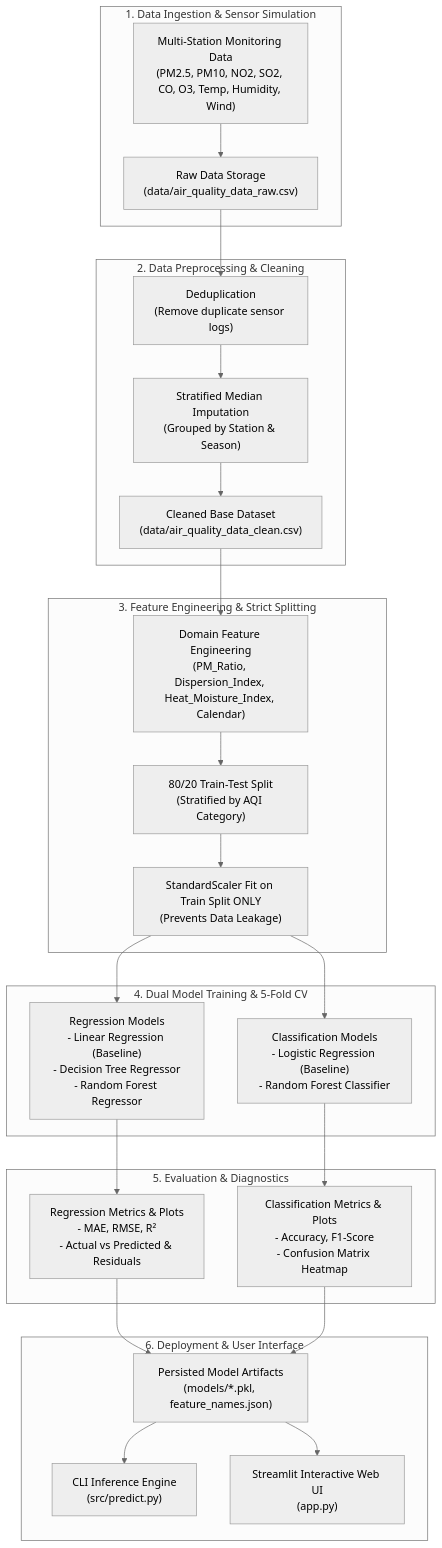
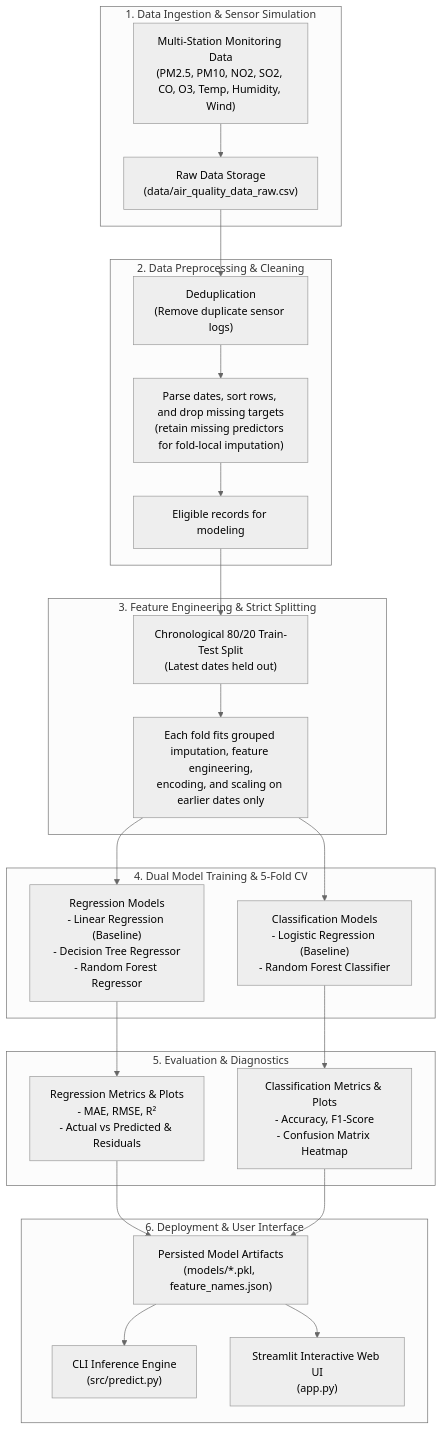
Before and after one commit to PremK177/AQI-ML: the diagram in README.md, drawn with Mermaid (neutral theme). The commit also changed other lines of this file and 21 other files, not shown here.

````diff
--- a/README.md
+++ b/README.md
@@ -29,34 +31,33 @@
 ```mermaid
 flowchart TD
     subgraph S1["1. Data Ingestion & Sensor Simulation"]
         A["Multi-Station Monitoring Data<br/>(PM2.5, PM10, NO2, SO2, CO, O3, Temp, Humidity, Wind)"] --> B["Raw Data Storage<br/>(data/air_quality_data_raw.csv)"]
     end
 
     subgraph S2["2. Data Preprocessing & Cleaning"]
         B --> C["Deduplication<br/>(Remove duplicate sensor logs)"]
-        C --> D["Stratified Median Imputation<br/>(Grouped by Station & Season)"]
-        D --> E["Cleaned Base Dataset<br/>(data/air_quality_data_clean.csv)"]
+        C --> D["Parse dates, sort rows, and drop missing targets<br/>(retain missing predictors for fold-local imputation)"]
+        D --> E["Eligible records for modeling"]
     end
 
     subgraph S3["3. Feature Engineering & Strict Splitting"]
-        E --> F["Domain Feature Engineering<br/>(PM_Ratio, Dispersion_Index, Heat_Moisture_Index, Calendar)"]
-        F --> G["80/20 Train-Test Split<br/>(Stratified by AQI Category)"]
-        G --> H["StandardScaler Fit on Train Split ONLY<br/>(Prevents Data Leakage)"]
+        E --> G["Chronological 80/20 Train-Test Split<br/>(Latest dates held out)"]
+        G --> H["Each fold fits grouped imputation, feature engineering,<br/>encoding, and scaling on earlier dates only"]
     end
 
     subgraph S4["4. Dual Model Training & 5-Fold CV"]
         H --> I["Regression Models<br/>- Linear Regression (Baseline)<br/>- Decision Tree Regressor<br/>- Random Forest Regressor"]
         H --> J["Classification Models<br/>- Logistic Regression (Baseline)<br/>- Random Forest Classifier"]
     end
 
     subgraph S5["5. Evaluation & Diagnostics"]
         I --> K["Regression Metrics & Plots<br/>- MAE, RMSE, R²<br/>- Actual vs Predicted & Residuals"]
         J --> L["Classification Metrics & Plots<br/>- Accuracy, F1-Score<br/>- Confusion Matrix Heatmap"]
     end
 
     subgraph S6["6. Deployment & User Interface"]
         K & L --> M["Persisted Model Artifacts<br/>(models/*.pkl, feature_names.json)"]
         M --> N["CLI Inference Engine<br/>(src/predict.py)"]
         M --> O["Streamlit Interactive Web UI<br/>(app.py)"]
     end
 ```
````
